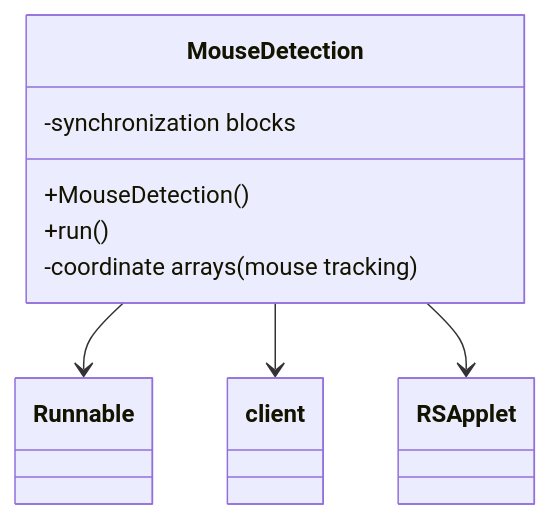
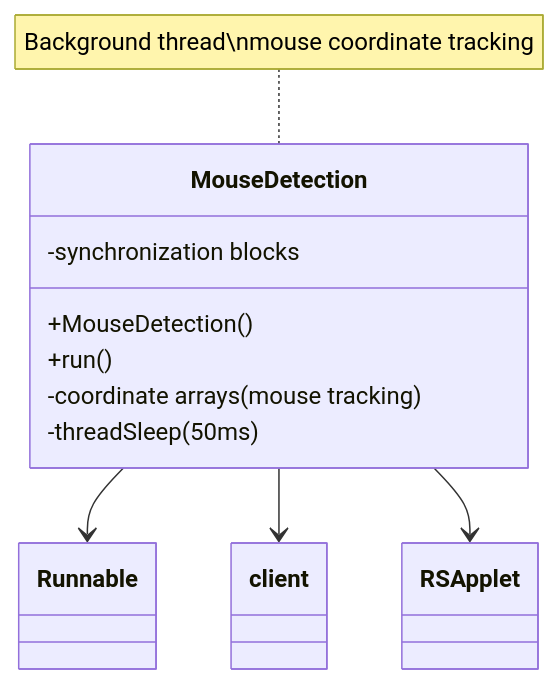
One commit to daxxog/solmud changed the diagram in bytecode/mapping/evidence/verified/MouseDetection_ZIJPRJEC.md. Above: the diagram before and after it, drawn with Mermaid. The commit also changed other lines of this file and 69 other files, not shown here.

````diff
--- a/bytecode/mapping/evidence/verified/MouseDetection_ZIJPRJEC.md
+++ b/bytecode/mapping/evidence/verified/MouseDetection_ZIJPRJEC.md
@@ -16,10 +17,13 @@
 ```mermaid
 classDiagram
     MouseDetection --> Runnable
     MouseDetection --> client
     MouseDetection --> RSApplet
     MouseDetection : +MouseDetection()
     MouseDetection : +run()
     MouseDetection : -coordinate arrays (mouse tracking)
     MouseDetection : -synchronization blocks
+    MouseDetection : -threadSleep (50ms)
+    
+    note for MouseDetection "Background thread\nmouse coordinate tracking"
 ```
````
